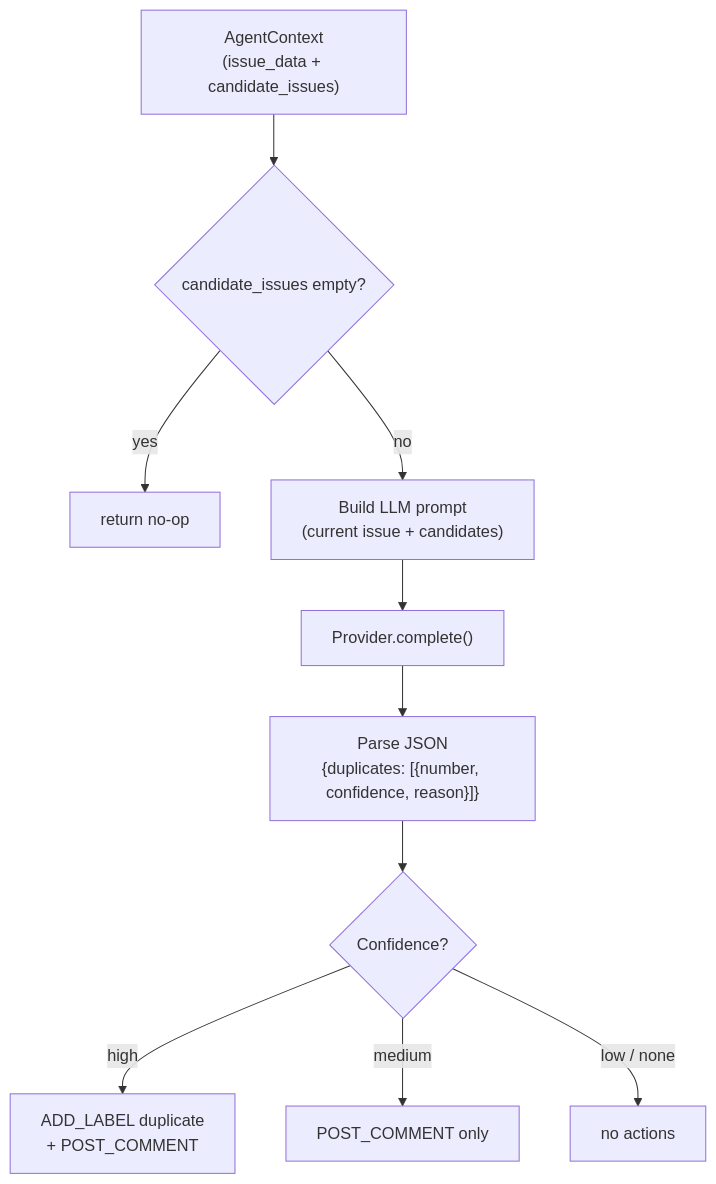
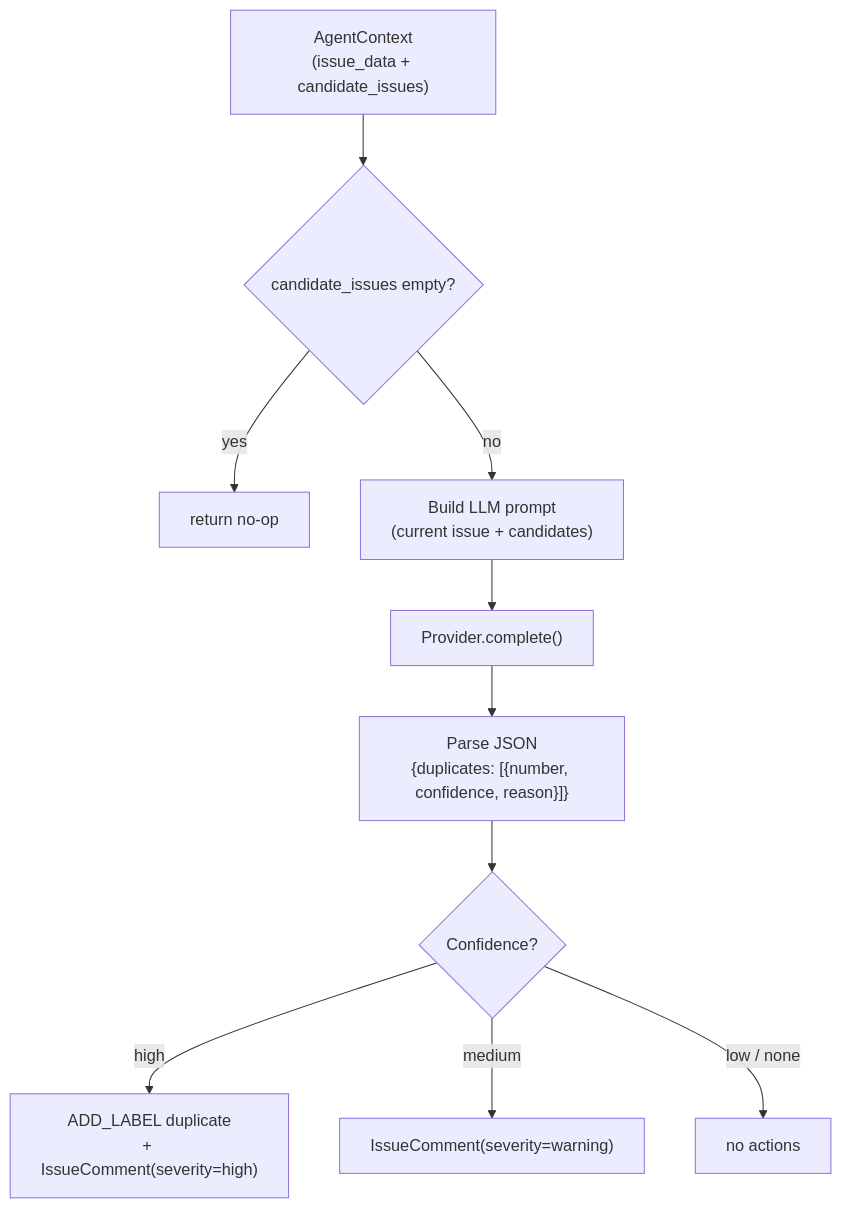
One commit to OpenAgentHQ/repo-heart changed the third of 5 diagrams in docs/diagrams/agents.md. Above: the diagram before and after it, drawn with Mermaid. The commit also changed other lines of this file and 27 other files, not shown here.

````diff
--- a/docs/diagrams/agents.md
+++ b/docs/diagrams/agents.md
@@ -102,12 +149,12 @@
 ```mermaid
 flowchart TD
     A["AgentContext<br/>(issue_data + candidate_issues)"] --> B{candidate_issues empty?}
     B -- yes --> C["return no-op"]
     B -- no --> D["Build LLM prompt<br/>(current issue + candidates)"]
     D --> E["Provider.complete()"]
     E --> F["Parse JSON<br/>{duplicates: [{number, confidence, reason}]}"]
     F --> G{Confidence?}
-    G -- high --> H["ADD_LABEL duplicate<br/>+ POST_COMMENT"]
-    G -- medium --> I["POST_COMMENT only"]
+    G -- high --> H["ADD_LABEL duplicate<br/>+ IssueComment(severity=high)"]
+    G -- medium --> I["IssueComment(severity=warning)"]
     G -- low / none --> J["no actions"]
 ```
````
